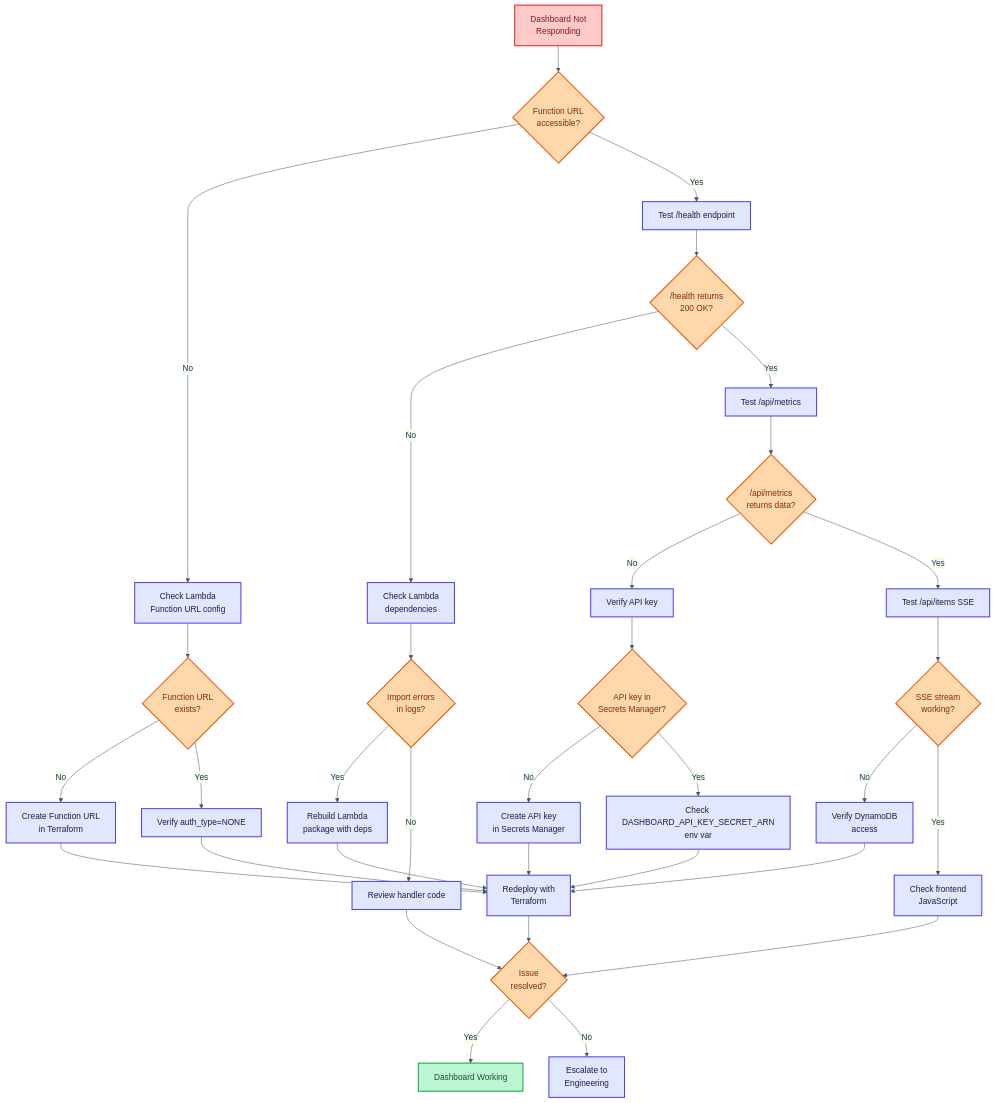
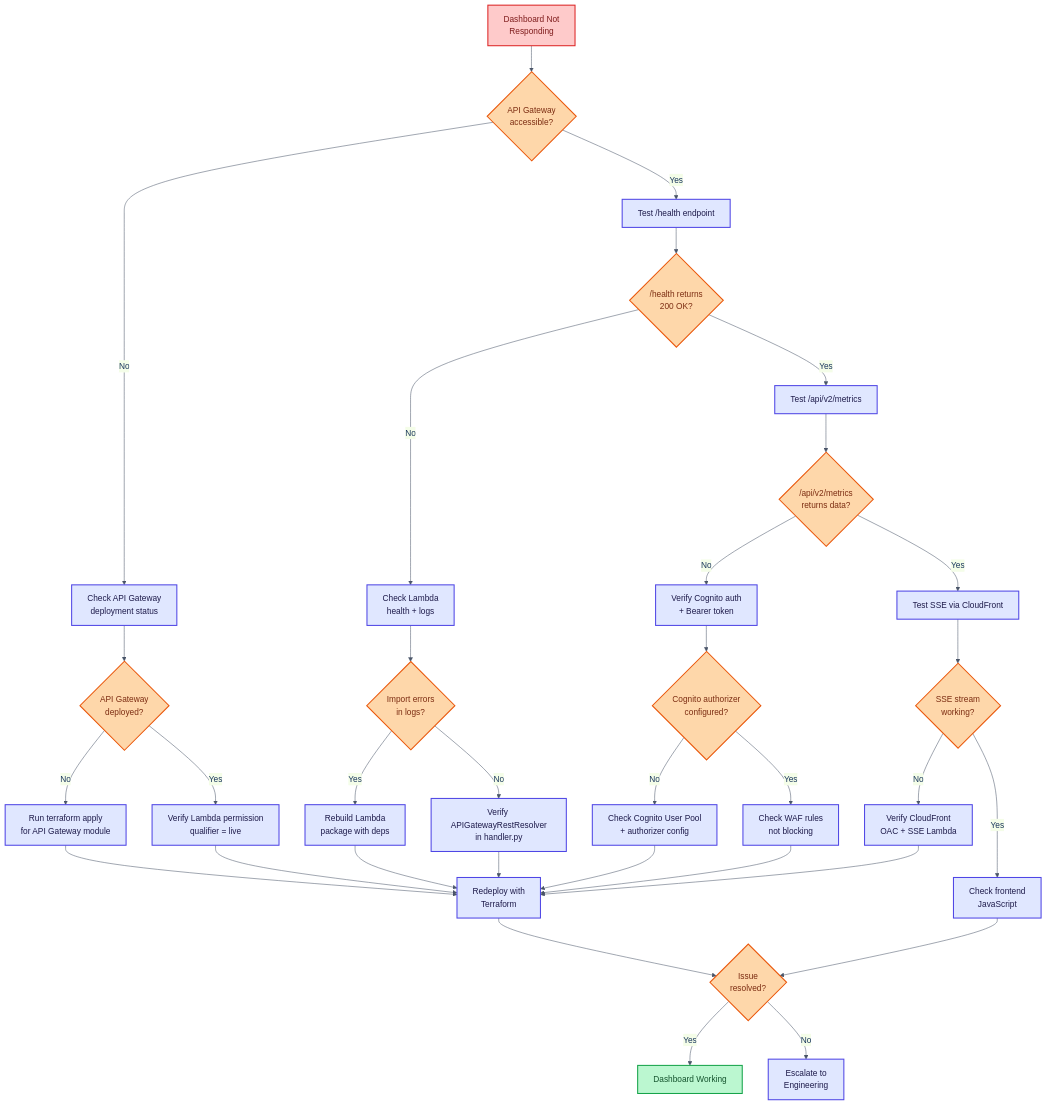
One commit to traylorre/sentiment-analyzer-gsk changed the ninth of 10 diagrams in docs/operations/OPERATIONAL_FLOWS.md. Above: the diagram before and after it, drawn with Mermaid. The commit also changed other lines of this file and 17 other files, not shown here.

First line of the commit message:
fix(1300/1301): Remove Dashboard Function URL + sync diagrams (#852)

````diff
--- a/docs/operations/OPERATIONAL_FLOWS.md
+++ b/docs/operations/OPERATIONAL_FLOWS.md
@@ -473,54 +473,54 @@
 ```mermaid
 %%{init: {'theme': 'base', 'themeVariables': {'primaryColor': '#e8f4fd', 'primaryTextColor': '#1a365d', 'primaryBorderColor': '#3182ce', 'lineColor': '#4a5568'}}}%%
 flowchart TD
-    NotResponding[Dashboard Not<br/>Responding] --> CheckURL{Function URL<br/>accessible?}
-    CheckURL -->|No| CheckLambda[Check Lambda<br/>Function URL config]
-    CheckURL -->|Yes| TestEndpoint[Test /health endpoint]
+    NotResponding[Dashboard Not<br/>Responding] --> CheckAPIGW{API Gateway<br/>accessible?}
+    CheckAPIGW -->|No| CheckDeploy[Check API Gateway<br/>deployment status]
+    CheckAPIGW -->|Yes| TestHealth[Test /health endpoint]
 
-    CheckLambda --> URLExists{Function URL<br/>exists?}
-    URLExists -->|No| CreateURL[Create Function URL<br/>in Terraform]
-    URLExists -->|Yes| CheckAuth[Verify auth_type=NONE]
+    CheckDeploy --> GWExists{API Gateway<br/>deployed?}
+    GWExists -->|No| RunApply[Run terraform apply<br/>for API Gateway module]
+    GWExists -->|Yes| CheckPerm[Verify Lambda permission<br/>qualifier = live]
 
-    TestEndpoint --> HealthOK{/health returns<br/>200 OK?}
-    HealthOK -->|No| CheckDeps[Check Lambda<br/>dependencies]
-    HealthOK -->|Yes| TestAPI[Test /api/metrics]
+    TestHealth --> HealthOK{/health returns<br/>200 OK?}
+    HealthOK -->|No| CheckLambda[Check Lambda<br/>health + logs]
+    HealthOK -->|Yes| TestAPI[Test /api/v2/metrics]
 
-    CheckDeps --> ImportError{Import errors<br/>in logs?}
+    CheckLambda --> ImportError{Import errors<br/>in logs?}
     ImportError -->|Yes| RebuildPackage[Rebuild Lambda<br/>package with deps]
-    ImportError -->|No| CheckCode[Review handler code]
+    ImportError -->|No| CheckResolver[Verify APIGatewayRestResolver<br/>in handler.py]
 
-    TestAPI --> MetricsOK{/api/metrics<br/>returns data?}
-    MetricsOK -->|No| CheckAPIKey[Verify API key]
-    MetricsOK -->|Yes| TestSSE[Test /api/items SSE]
+    TestAPI --> MetricsOK{/api/v2/metrics<br/>returns data?}
+    MetricsOK -->|No| CheckAuth[Verify Cognito auth<br/>+ Bearer token]
+    MetricsOK -->|Yes| TestSSE[Test SSE via CloudFront]
 
-    CheckAPIKey --> KeyValid{API key in<br/>Secrets Manager?}
-    KeyValid -->|No| CreateAPIKey[Create API key<br/>in Secrets Manager]
-    KeyValid -->|Yes| CheckEnvVar[Check DASHBOARD_API_KEY_SECRET_ARN<br/>env var]
+    CheckAuth --> AuthValid{Cognito authorizer<br/>configured?}
+    AuthValid -->|No| FixCognito[Check Cognito User Pool<br/>+ authorizer config]
+    AuthValid -->|Yes| CheckWAF[Check WAF rules<br/>not blocking]
 
     TestSSE --> SSEWorks{SSE stream<br/>working?}
-    SSEWorks -->|No| CheckDDB[Verify DynamoDB<br/>access]
+    SSEWorks -->|No| CheckCF[Verify CloudFront<br/>OAC + SSE Lambda]
     SSEWorks -->|Yes| CheckFrontend[Check frontend<br/>JavaScript]
 
-    CreateURL --> Redeploy[Redeploy with<br/>Terraform]
-    CheckAuth --> Redeploy
+    RunApply --> Redeploy[Redeploy with<br/>Terraform]
+    CheckPerm --> Redeploy
     RebuildPackage --> Redeploy
-    CreateAPIKey --> Redeploy
-    CheckEnvVar --> Redeploy
-    CheckDDB --> Redeploy
+    CheckResolver --> Redeploy
+    FixCognito --> Redeploy
+    CheckWAF --> Redeploy
+    CheckCF --> Redeploy
 
     Redeploy --> Verify{Issue<br/>resolved?}
-    CheckCode --> Verify
     CheckFrontend --> Verify
     Verify -->|Yes| Complete[Dashboard Working]
     Verify -->|No| Escalate[Escalate to<br/>Engineering]
 
     classDef errorNode fill:#fecaca,stroke:#dc2626,stroke-width:2px,color:#7f1d1d
     classDef decisionNode fill:#fed7aa,stroke:#ea580c,stroke-width:2px,color:#7c2d12
     classDef actionNode fill:#e0e7ff,stroke:#4f46e5,stroke-width:2px,color:#1e1b4b
     classDef successNode fill:#bbf7d0,stroke:#16a34a,stroke-width:2px,color:#14532d
 
     class NotResponding errorNode
-    class CheckURL,URLExists,HealthOK,ImportError,MetricsOK,KeyValid,SSEWorks,Verify decisionNode
-    class CheckLambda,TestEndpoint,CheckDeps,TestAPI,CheckAPIKey,CreateAPIKey,CheckEnvVar,TestSSE,CheckDDB,CheckFrontend,CreateURL,CheckAuth,RebuildPackage,Redeploy,CheckCode,Escalate actionNode
+    class CheckAPIGW,GWExists,HealthOK,ImportError,MetricsOK,AuthValid,SSEWorks,Verify decisionNode
+    class CheckDeploy,TestHealth,CheckLambda,TestAPI,CheckAuth,FixCognito,CheckWAF,TestSSE,CheckCF,CheckFrontend,RunApply,CheckPerm,RebuildPackage,CheckResolver,Redeploy,Escalate actionNode
     class Complete successNode
 ```
````
